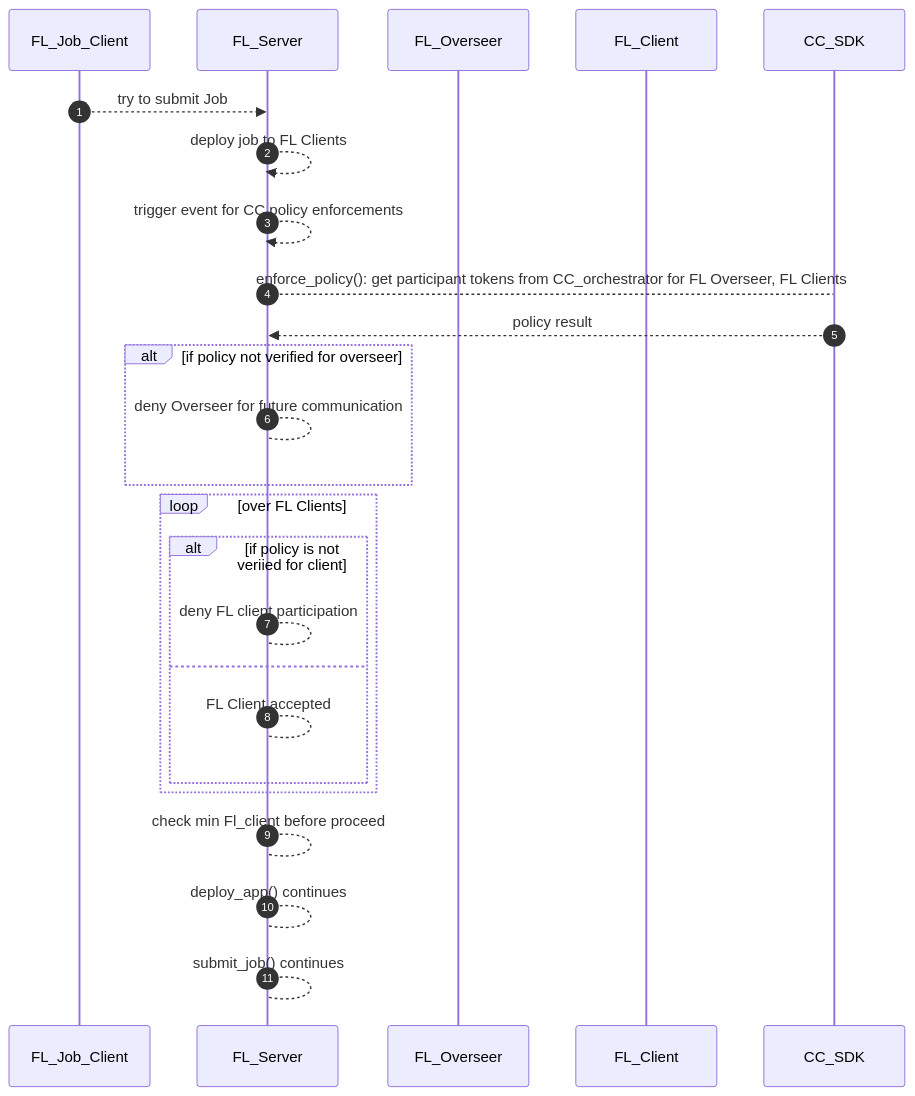
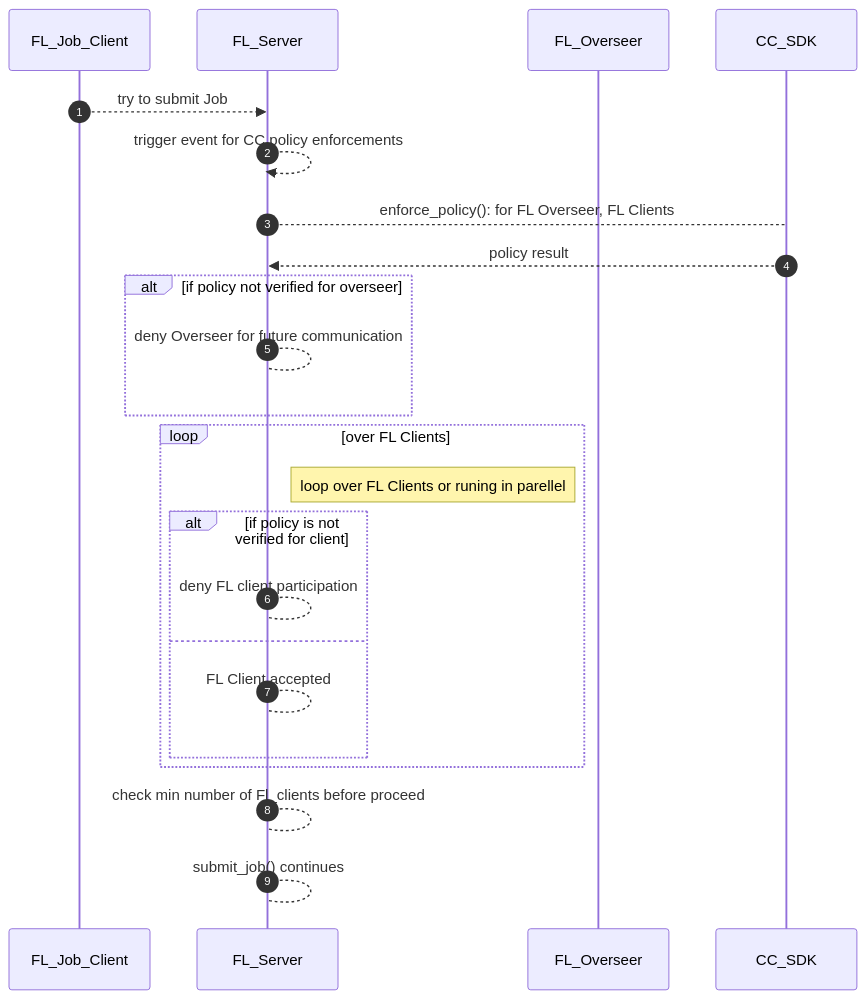
Diagram 11 of 13 in docs/confidential_computing/detailed_cc_sequence_diagram.md (hitesh-ag1/NVFlare), drawn with Mermaid before and after one commit. The commit also changed other lines of this file, not shown here.

Commit message:
Sequence diagram for CC

````diff
--- a/docs/confidential_computing/detailed_cc_sequence_diagram.md
+++ b/docs/confidential_computing/detailed_cc_sequence_diagram.md
@@ -247,31 +246,29 @@
 ```mermaid
 sequenceDiagram
    autonumber
     
     participant FL_Job_Client
     participant FL_Server
     participant FL_Overseer
-    participant FL_Client
     participant CC_SDK
     FL_Job_Client -->>  FL_Server: try to submit Job 
-    FL_Server -->>  FL_Server: deploy job to FL Clients
     FL_Server -->>  FL_Server: trigger event for CC policy enforcements
-    
-    FL_Server --> CC_SDK : enforce_policy(): get participant tokens from CC_orchestrator for FL Overseer, FL Clients 
+    FL_Server --> CC_SDK : enforce_policy(): for FL Overseer, FL Clients 
     CC_SDK -->> FL_Server : policy result
     alt if policy not verified for overseer
         FL_Server --> FL_Server : deny Overseer for future communication
     end
+     
     loop over FL Clients
-        alt if policy is not veriied for client
+        note right of FL_Server: loop over FL Clients or runing in parellel
+        alt if policy is not verified for client
             FL_Server --> FL_Server : deny FL client participation
         else
             FL_Server --> FL_Server : FL Client accepted
         end
     end
     
-     FL_Server --> FL_Server : check min Fl_client before proceed
-     FL_Server --> FL_Server : deploy_app() continues
+     FL_Server --> FL_Server : check min number of Fl_clients before proceed
      FL_Server --> FL_Server : submit_job() continues
     
 ```
````
